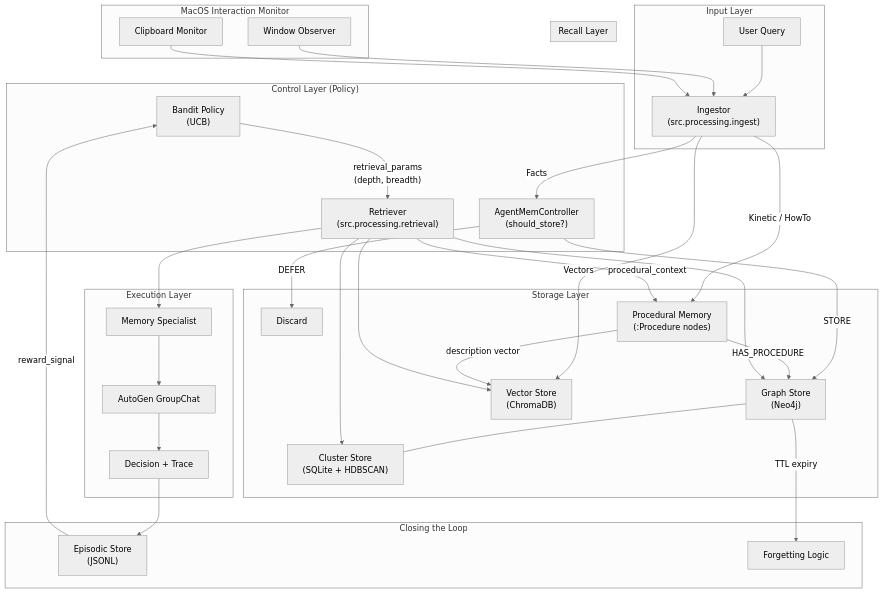
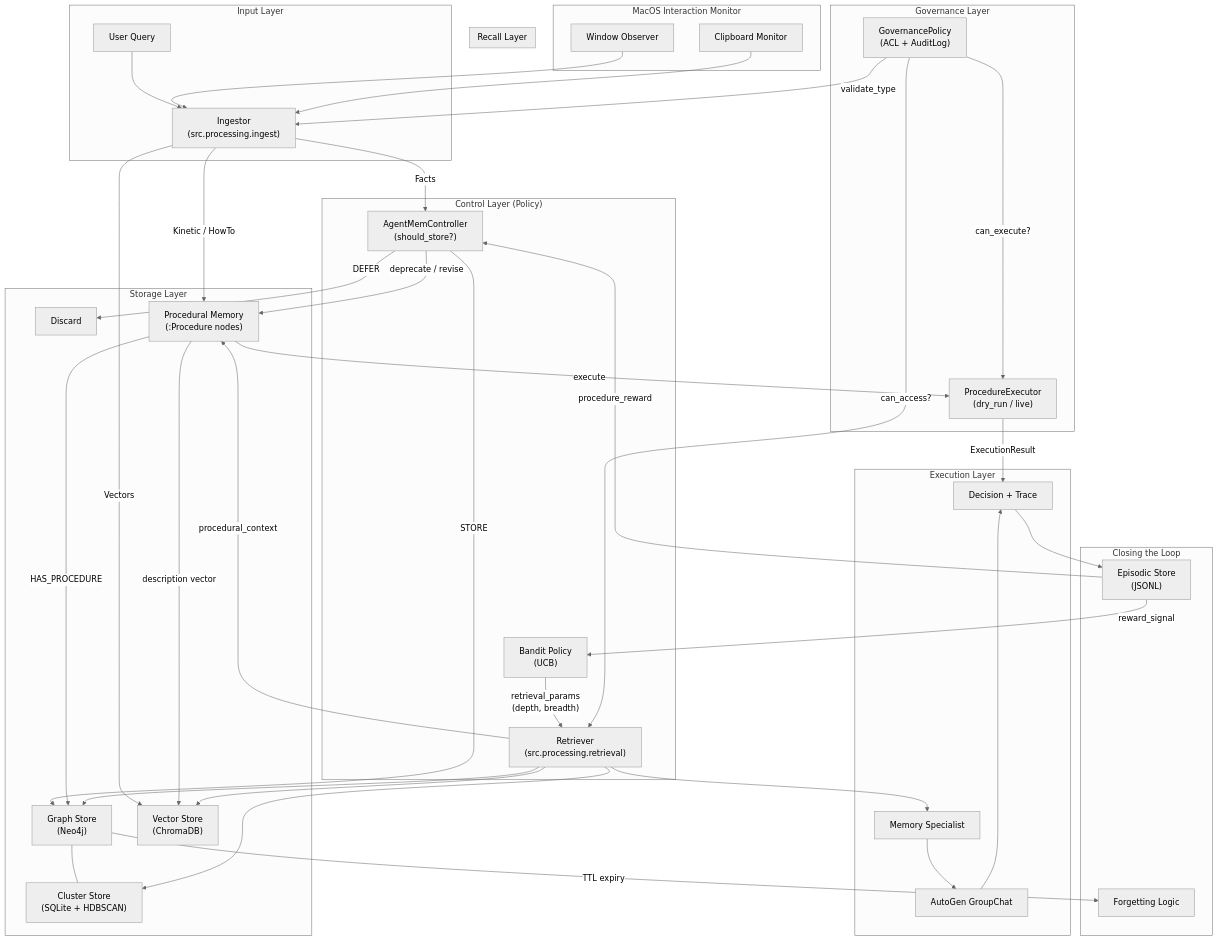
Before and after one commit to aadi2vec/tracemind: the first of 8 diagrams in README.md, drawn with Mermaid (neutral theme). The commit also changed other lines of this file and 9 other files, not shown here.

Commit message:
Phase 11: Learnable versioned procedures, Governance layer, Execution engine

````diff
--- a/README.md
+++ b/README.md
@@ -52,45 +52,55 @@
 ```mermaid
 graph TD
     subgraph Input ["Input Layer"]
         U["User Query"] --> I["Ingestor\n(src.processing.ingest)"]
     end
 
     subgraph Controller ["Control Layer (Policy)"]
         I -->|"Facts"| HC["AgentMemController\n(should_store?)"]
         P["Bandit Policy\n(UCB)"] -->|"retrieval_params\n(depth, breadth)"| R
     end
 
     subgraph Storage ["Storage Layer"]
         HC -->|"STORE"| GS["Graph Store\n(Neo4j)"]
         HC -->|"DEFER"| SINK["Discard"]
         GS --- CS["Cluster Store\n(SQLite + HDBSCAN)"]
         I -->|"Vectors"| VS["Vector Store\n(ChromaDB)"]
         I -->|"Kinetic / HowTo"| PROC["Procedural Memory\n(:Procedure nodes)"]
         PROC -->|"HAS_PROCEDURE"| GS
         PROC -->|"description vector"| VS
     end
 
+    subgraph Governance ["Governance Layer"]
+        GOV["GovernancePolicy\n(ACL + AuditLog)"] -->|"can_access?"| R
+        GOV -->|"can_execute?"| EXEC
+        GOV -->|"validate_type"| I
+    end
+
     subgraph Retrieval ["Recall Layer"]
         R["Retriever\n(src.processing.retrieval)"] --> VS
         R --> GS
         R --> CS
         R -->|"procedural_context"| PROC
     end
 
-    subgraph Reasoning ["Execution Layer"]
+    subgraph Execution ["Execution Layer"]
         R --> MS["Memory Specialist"]
         MS --> AG["AutoGen GroupChat"]
         AG --> D["Decision + Trace"]
+        PROC -->|"execute"| EXEC["ProcedureExecutor\n(dry_run / live)"]
+        EXEC -->|"ExecutionResult"| D
     end
 
     subgraph Feedback ["Closing the Loop"]
         D --> ES["Episodic Store\n(JSONL)"]
         ES -->|"reward_signal"| P
+        ES -->|"procedure_reward"| HC
         GS -->|"TTL expiry"| FORGET["Forgetting Logic"]
+        HC -->|"deprecate / revise"| PROC
     end
 
     subgraph Passive ["MacOS Interaction Monitor"]
         M1["Window Observer"] --> I
         M2["Clipboard Monitor"] --> I
     end
 ```
````
